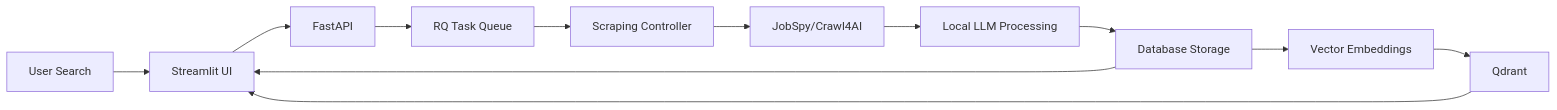
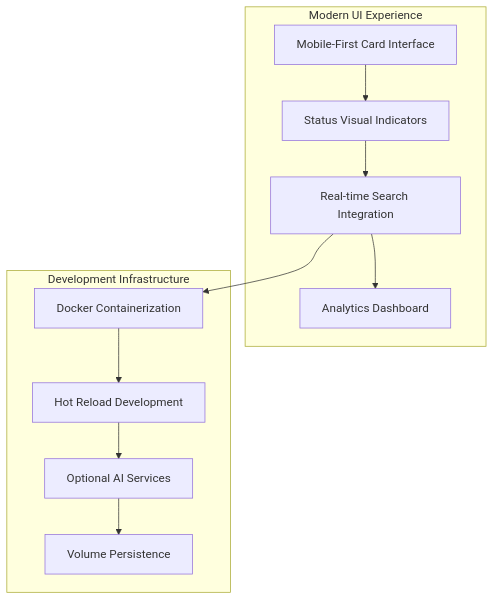
Before and after one commit to BjornMelin/ai-job-scraper: the seventh of 8 diagrams in docs/adrs/ARCHITECTURE_OVERVIEW.md, drawn with Mermaid. The commit also changed other lines of this file and 4 other files, not shown here.

First line of the commit message:
docs: update README and PRD for enhanced features and architecture

````diff
--- a/docs/adrs/ARCHITECTURE_OVERVIEW.md
+++ b/docs/adrs/ARCHITECTURE_OVERVIEW.md
@@ -30,14 +283,20 @@
 ```mermaid
-graph LR
-    A[User Search] --> B[Streamlit UI]
-    B --> C[FastAPI]
-    C --> D[RQ Task Queue]
-    D --> E[Scraping Controller]
-    E --> F[JobSpy/Crawl4AI]
-    F --> G[Local LLM Processing]
-    G --> H[Database Storage]
-    H --> I[Vector Embeddings]
-    I --> J[Qdrant]
-    H --> B
-    J --> B
+graph TB
+    subgraph "Modern UI Experience"
+        A[Mobile-First Card Interface]
+        B[Status Visual Indicators]
+        C[Real-time Search Integration]
+        D[Analytics Dashboard]
+    end
+    
+    subgraph "Development Infrastructure"
+        E[Docker Containerization]
+        F[Hot Reload Development]
+        G[Optional AI Services]
+        H[Volume Persistence]
+    end
+    
+    A --> B --> C --> D
+    E --> F --> G --> H
+    C --> E
 ```
````
